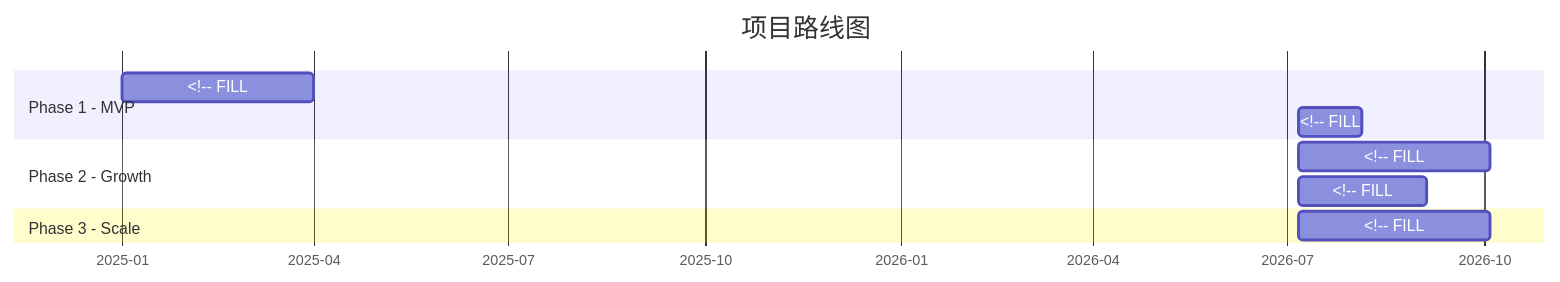
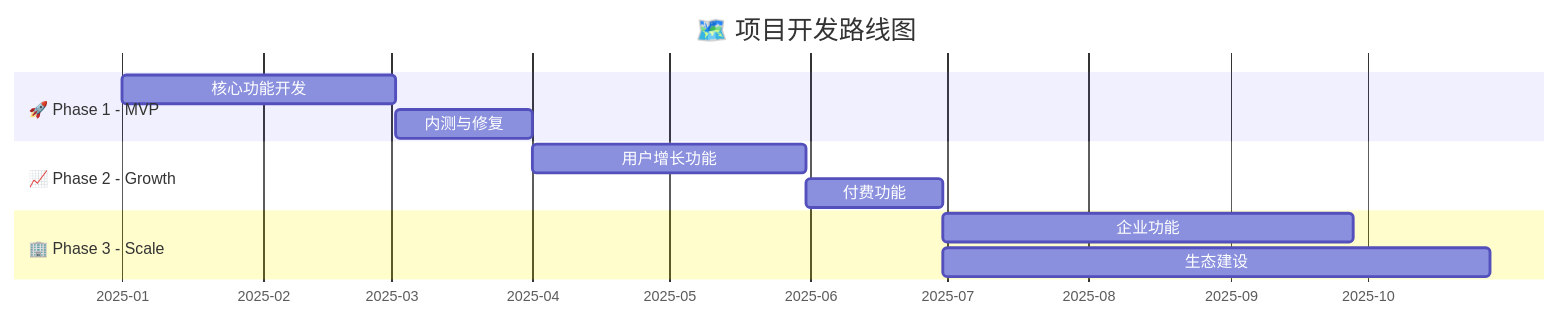
The first of 2 diagrams in references/roadmap.md (XOpenWorld/XOpen-Mdoc-Factory), drawn with Mermaid before and after one commit. The commit also changed other lines of this file and 18 other files, not shown here.

````diff
--- a/references/roadmap.md
+++ b/references/roadmap.md
@@ -21,17 +21,18 @@
 ```mermaid
 gantt
-    title 项目路线图
+    title 🗺️ 项目开发路线图
     dateFormat  YYYY-MM-DD
     axisFormat  %Y-%m
 
-    section Phase 1 - MVP
-    <!-- FILL: 核心功能开发 -->     :a1, 2025-01-01, 90d
-    <!-- FILL: 内测 -->            :a2, after a1, 30d
+    section 🚀 Phase 1 - MVP
+    核心功能开发     :a1, 2025-01-01, 60d
+    内测与修复       :a2, after a1, 30d
 
-    section Phase 2 - Growth
-    <!-- FILL: 用户增长功能 -->     :b1, after a2, 90d
-    <!-- FILL: 付费功能 -->         :b2, after b1, 60d
+    section 📈 Phase 2 - Growth
+    用户增长功能     :b1, after a2, 60d
+    付费功能         :b2, after b1, 30d
 
-    section Phase 3 - Scale
-    <!-- FILL: 扩展功能 -->         :c1, after b2, 90d
+    section 🏢 Phase 3 - Scale
+    企业功能         :c1, after b2, 90d
+    生态建设         :c2, after b2, 120d
 ```
````
